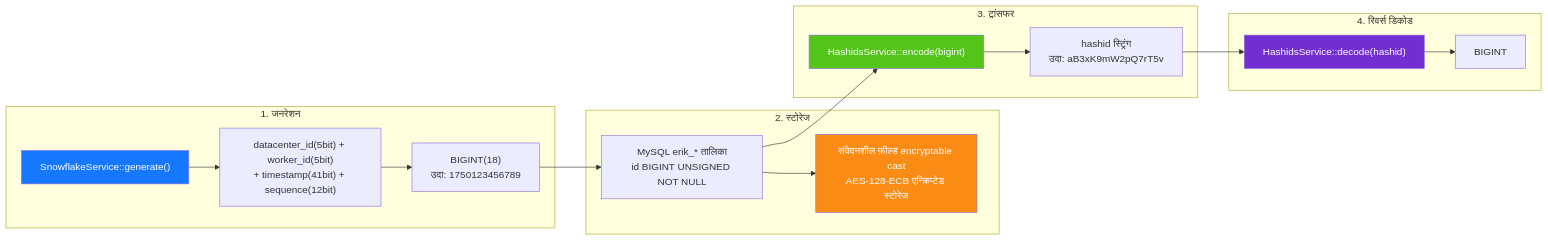
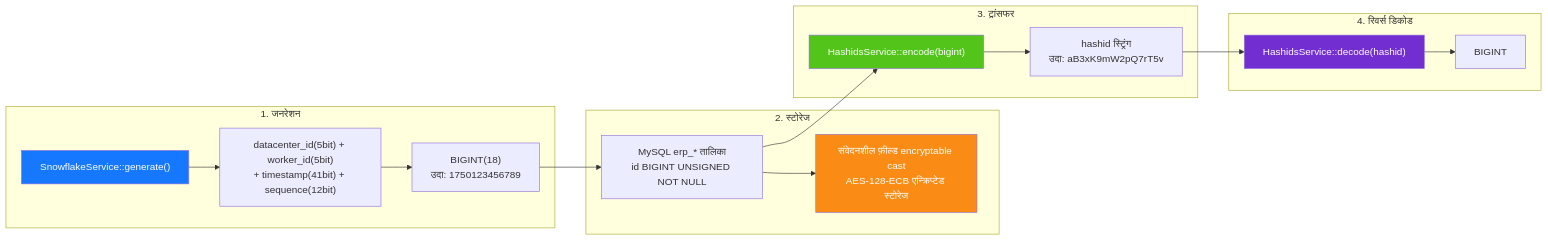
Before and after one commit to erikwang2013/erp-php: the diagram in docs/i18n/hi/diagrams/06-id-lifecycle.md, drawn with Mermaid. The commit also changed 449 other files, not shown here.

First line of the commit message:
全局命名统一：数据库 erp、表前缀 erp_、Redis 前缀 erp:（原 erik_/open_admin）

````diff
--- a/docs/i18n/hi/diagrams/06-id-lifecycle.md
+++ b/docs/i18n/hi/diagrams/06-id-lifecycle.md
@@ -3,32 +3,32 @@
 ```mermaid
 flowchart LR
     subgraph gen["1. जनरेशन"]
         g1["SnowflakeService::generate()"]
         g2["datacenter_id(5bit) + worker_id(5bit)<br/>+ timestamp(41bit) + sequence(12bit)"]
         g3["BIGINT(18)<br/>उदा: 1750123456789"]
         g1 --> g2 --> g3
     end
 
     subgraph store["2. स्टोरेज"]
-        s1["MySQL erik_* तालिका<br/>id BIGINT UNSIGNED NOT NULL"]
+        s1["MySQL erp_* तालिका<br/>id BIGINT UNSIGNED NOT NULL"]
         s2["संवेदनशील फ़ील्ड encryptable cast<br/>AES-128-ECB एन्क्रिप्टेड स्टोरेज"]
         g3 --> s1 --> s2
     end
 
     subgraph transfer["3. ट्रांसफर"]
         t1["HashidsService::encode(bigint)"]
         t2["hashid स्ट्रिंग<br/>उदा: aB3xK9mW2pQ7rT5v"]
         s1 --> t1 --> t2
     end
 
     subgraph reverse["4. रिवर्स डिकोड"]
         r1["HashidsService::decode(hashid)"]
         r2["BIGINT"]
         t2 --> r1 --> r2
     end
 
     style g1 fill:#1677FF,color:#fff
     style s2 fill:#FA8C16,color:#fff
     style t1 fill:#52C41A,color:#fff
     style r1 fill:#722ED1,color:#fff
 ```
````
